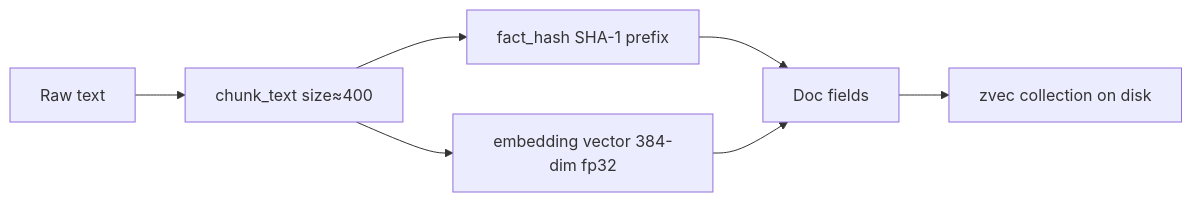
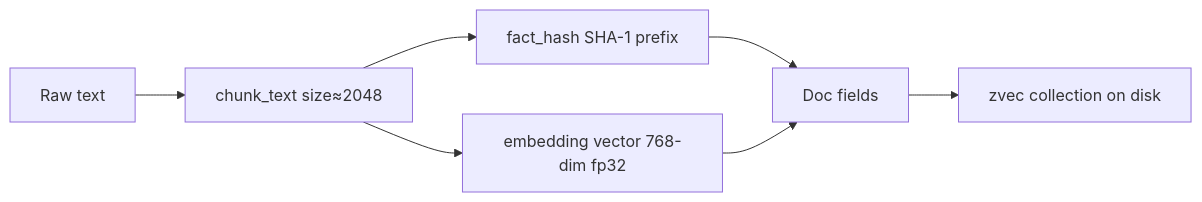
The sixth of 7 diagrams in docs/context-engine-architecture.md (TeddyJubu/context-engine), drawn with Mermaid before and after one commit. The commit also changed other lines of this file and 16 other files, not shown here.

````diff
--- a/docs/context-engine-architecture.md
+++ b/docs/context-engine-architecture.md
@@ -234,9 +234,9 @@
 ```mermaid
 flowchart LR
-    T[Raw text] --> C[chunk_text size≈400]
+    T[Raw text] --> C[chunk_text size≈2048]
     C --> H[fact_hash SHA-1 prefix]
-    C --> E[embedding vector 384-dim fp32]
+    C --> E[embedding vector 768-dim fp32]
     H --> D[Doc fields]
     E --> D
     D --> Z[zvec collection on disk]
 ```
````
